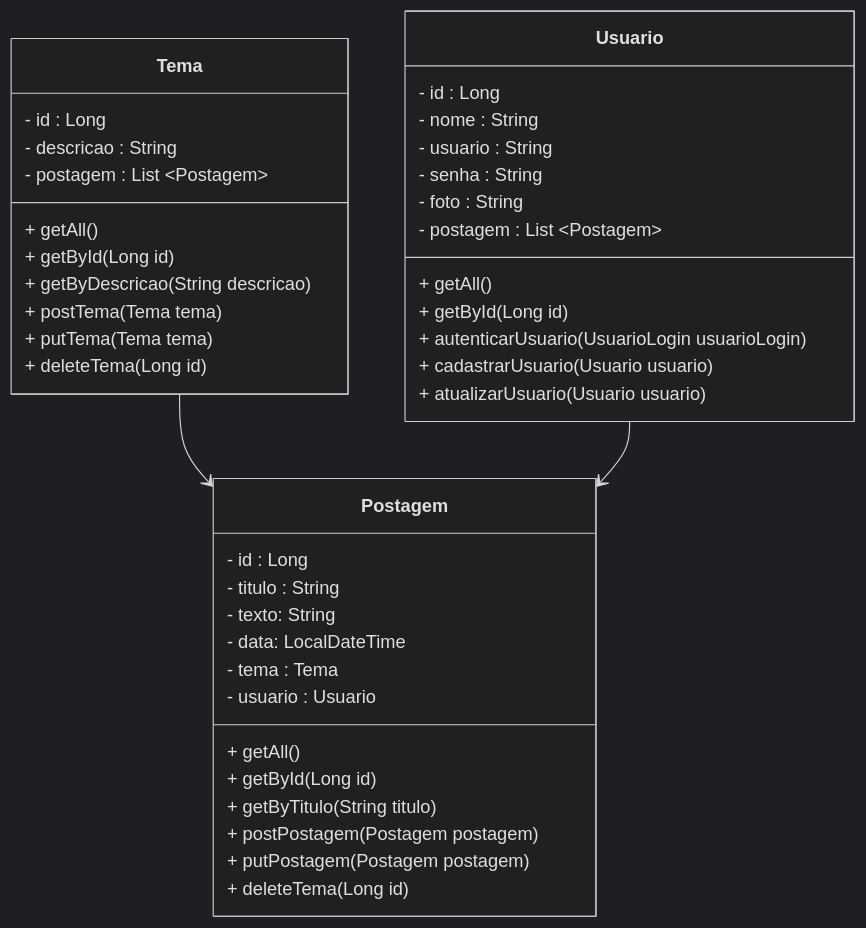
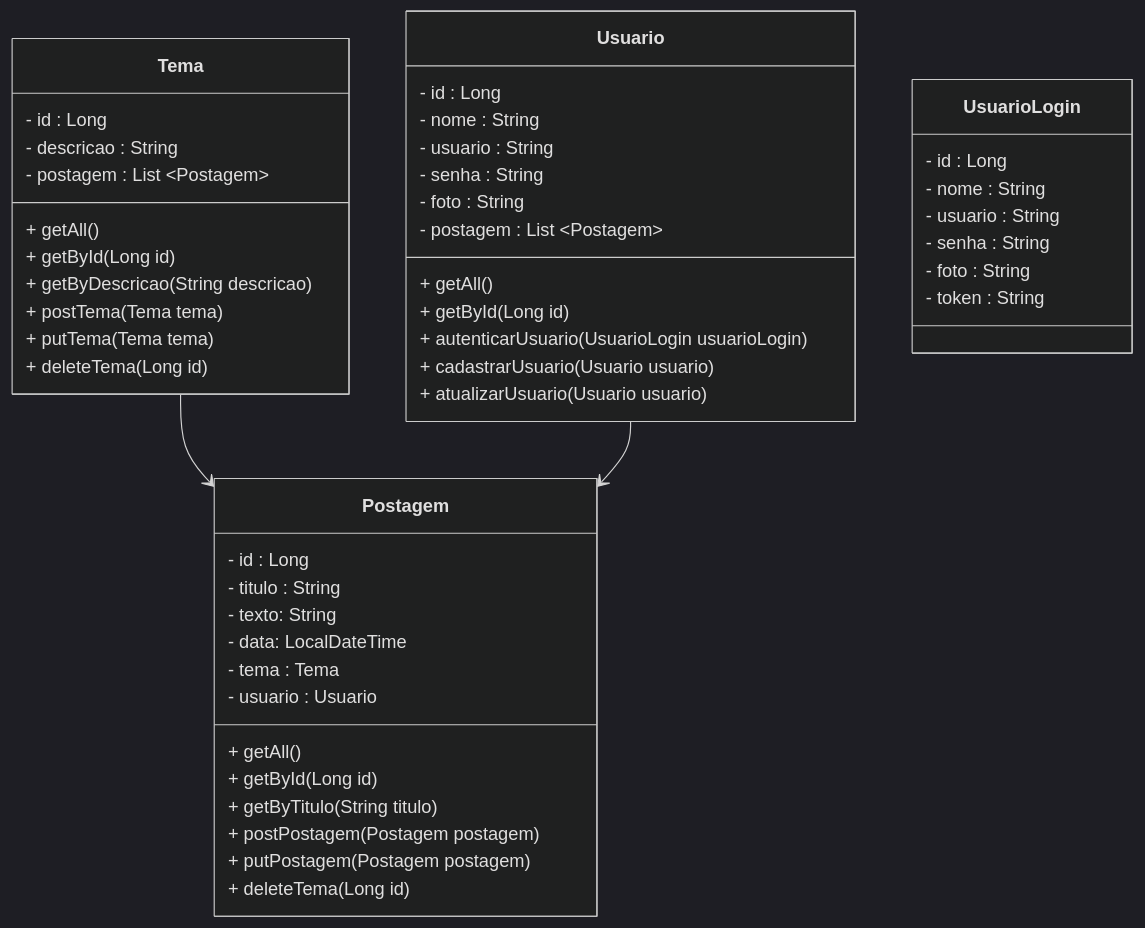
One commit to rafaelq80/blogpessoal_2022 changed the diagram in README.md. Above: the diagram before and after it, drawn with Mermaid (dark theme).

````diff
--- a/README.md
+++ b/README.md
@@ -15,43 +15,51 @@
 ```mermaid
 classDiagram
 class Tema {
   - id : Long
   - descricao : String
   - postagem : List ~Postagem~
   + getAll()
   + getById(Long id)
   + getByDescricao(String descricao)
   + postTema(Tema tema)
   + putTema(Tema tema)
   + deleteTema(Long id)
 }
 class Postagem {
   - id : Long
   - titulo : String
   - texto: String
   - data: LocalDateTime
   - tema : Tema
   - usuario : Usuario
   + getAll()
   + getById(Long id)
   + getByTitulo(String titulo)
   + postPostagem(Postagem postagem)
   + putPostagem(Postagem postagem)
   + deleteTema(Long id)
 }
 class Usuario {
   - id : Long
   - nome : String
   - usuario : String
   - senha : String
   - foto : String
   - postagem : List ~Postagem~
   + getAll()
   + getById(Long id)
   + autenticarUsuario(UsuarioLogin usuarioLogin)
   + cadastrarUsuario(Usuario usuario)
   + atualizarUsuario(Usuario usuario)
 }
+class UsuarioLogin{
+  - id : Long
+  - nome : String
+  - usuario : String
+  - senha : String
+  - foto : String
+  - token : String
+}
 Tema --> Postagem
 Usuario --> Postagem
 ```
````
